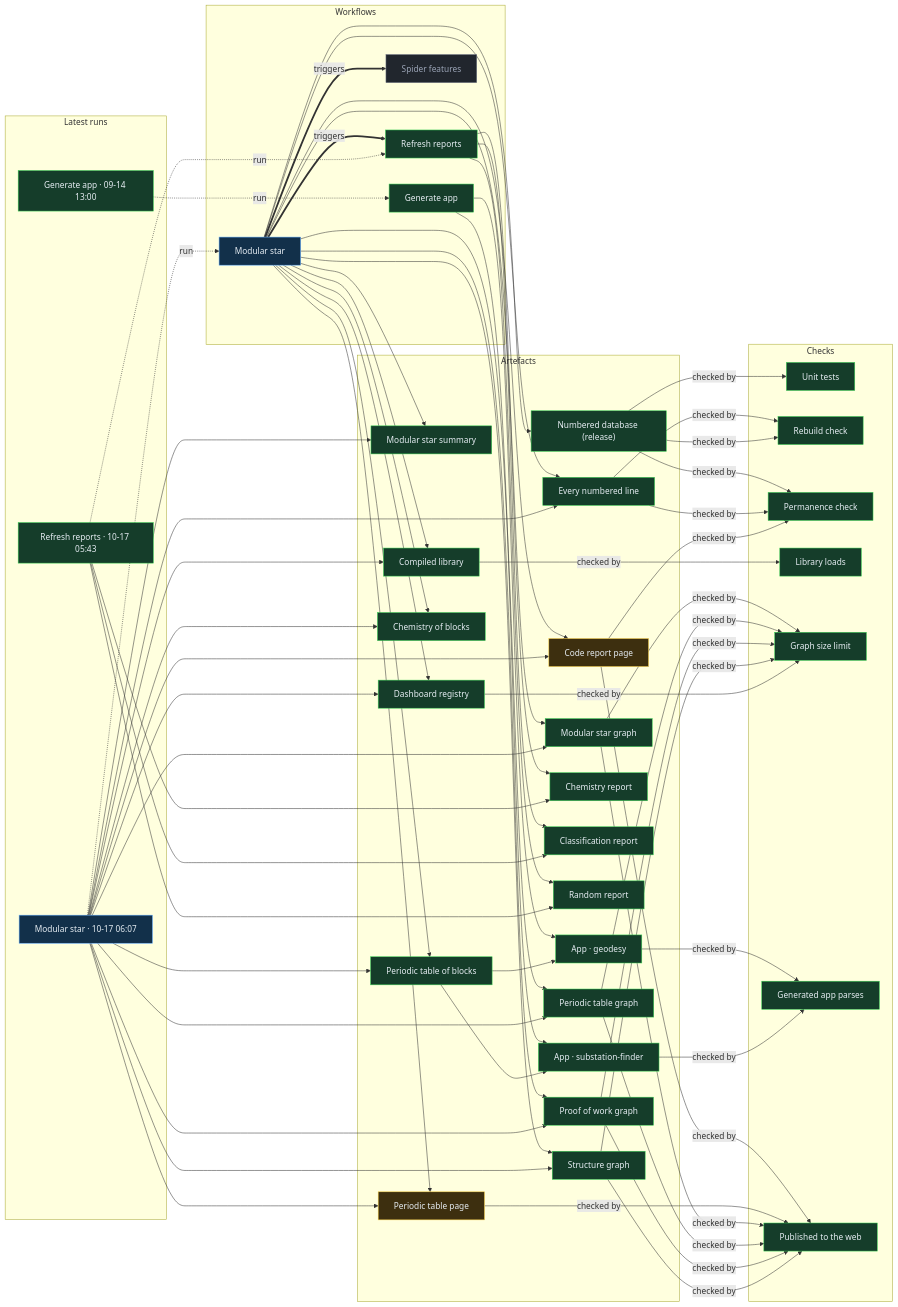
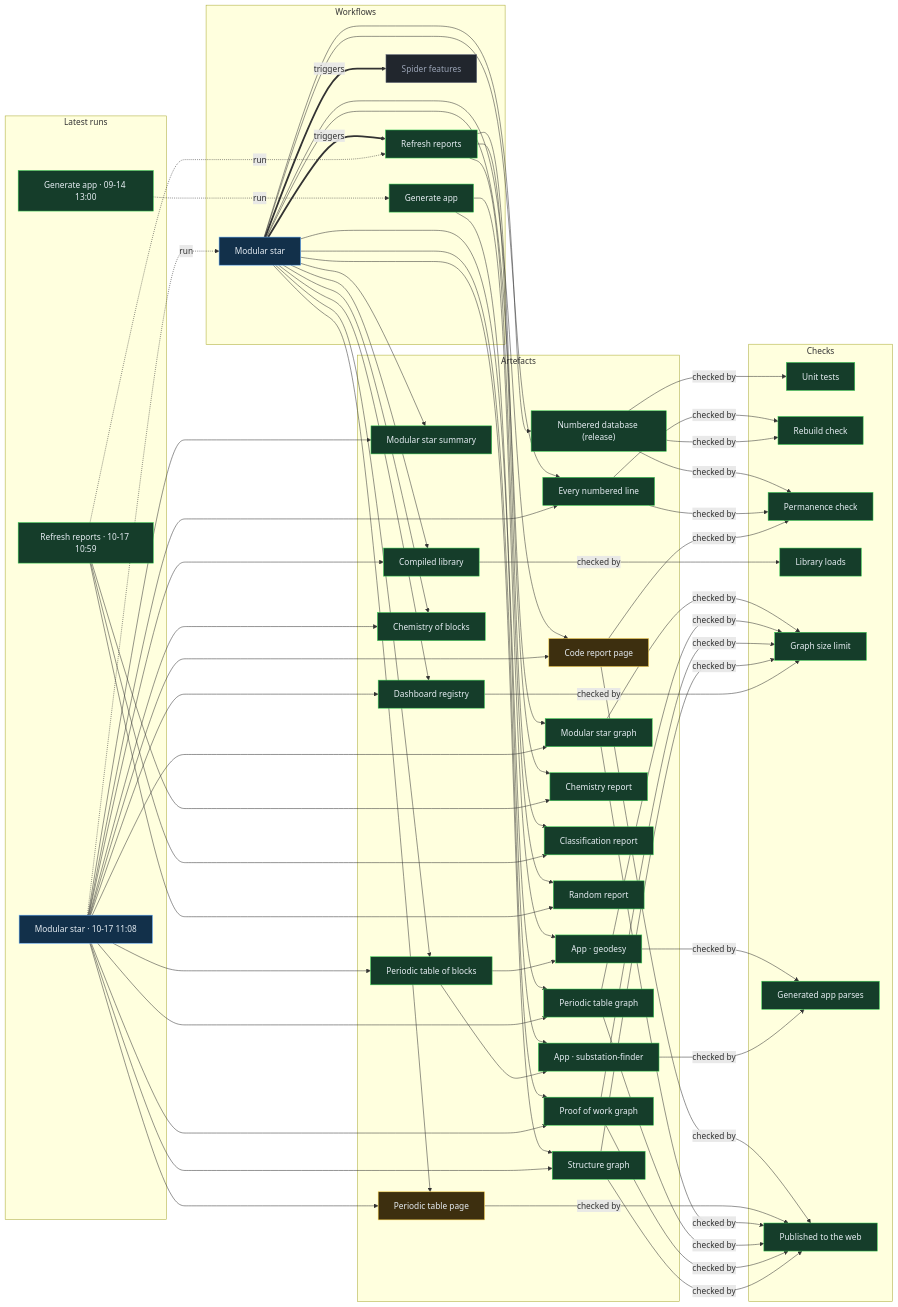
Before and after one commit to Ventusltd/stars: the diagram in proof/PROOF.md, drawn with Mermaid. The commit also changed other lines of this file and 46 other files, not shown here.

Commit message:
Modular star 2026-10-17T11:11Z

```diff
--- a/proof/PROOF.md
+++ b/proof/PROOF.md
@@ -24,8 +24,8 @@
   n_wf_spider_features["Spider features"]:::off
   end
   subgraph g_runs["Latest runs"]
-  n_run_39008724792["Modular star · 10-17 06:07"]:::live
-  n_run_39007315950["Refresh reports · 10-17 05:43"]:::ok
+  n_run_39027544582["Modular star · 10-17 11:08"]:::live
+  n_run_39026955977["Refresh reports · 10-17 10:59"]:::ok
   n_run_34846587798["Generate app · 09-14 13:00"]:::ok
   end
   subgraph g_artefacts["Artefacts"]
@@ -59,39 +59,39 @@
   end
   n_wf_modular_star == triggers ==> n_wf_refresh
   n_wf_modular_star == triggers ==> n_wf_spider_features
-  n_run_39008724792 -. run .-> n_wf_modular_star
-  n_run_39007315950 -. run .-> n_wf_refresh
+  n_run_39027544582 -. run .-> n_wf_modular_star
+  n_run_39026955977 -. run .-> n_wf_refresh
   n_run_34846587798 -. run .-> n_wf_generate
   n_wf_modular_star --> n_art_summary
-  n_run_39008724792 --> n_art_summary
+  n_run_39027544582 --> n_art_summary
   n_wf_modular_star --> n_art_lines
-  n_run_39008724792 --> n_art_lines
+  n_run_39027544582 --> n_art_lines
   n_wf_modular_star --> n_art_code
-  n_run_39008724792 --> n_art_code
+  n_run_39027544582 --> n_art_code
   n_wf_modular_star --> n_art_modular_graph
-  n_run_39008724792 --> n_art_modular_graph
+  n_run_39027544582 --> n_art_modular_graph
   n_wf_modular_star --> n_art_blocks
-  n_run_39008724792 --> n_art_blocks
+  n_run_39027544582 --> n_art_blocks
   n_wf_modular_star --> n_art_table
-  n_run_39008724792 --> n_art_table
+  n_run_39027544582 --> n_art_table
   n_wf_modular_star --> n_art_blocks_graph
-  n_run_39008724792 --> n_art_blocks_graph
+  n_run_39027544582 --> n_art_blocks_graph
   n_wf_modular_star --> n_art_reactions
-  n_run_39008724792 --> n_art_reactions
+  n_run_39027544582 --> n_art_reactions
   n_wf_modular_star --> n_art_library
-  n_run_39008724792 --> n_art_library
+  n_run_39027544582 --> n_art_library
   n_wf_modular_star --> n_art_features
-  n_run_39008724792 --> n_art_features
+  n_run_39027544582 --> n_art_features
   n_wf_modular_star --> n_art_proof
-  n_run_39008724792 --> n_art_proof
+  n_run_39027544582 --> n_art_proof
   n_wf_modular_star --> n_art_structure
-  n_run_39008724792 --> n_art_structure
+  n_run_39027544582 --> n_art_structure
   n_wf_refresh --> n_art_chemistry
-  n_run_39007315950 --> n_art_chemistry
+  n_run_39026955977 --> n_art_chemistry
   n_wf_refresh --> n_art_vedic
-  n_run_39007315950 --> n_art_vedic
+  n_run_39026955977 --> n_art_vedic
   n_wf_refresh --> n_art_random
-  n_run_39007315950 --> n_art_random
+  n_run_39026955977 --> n_art_random
   n_wf_modular_star --> n_art_release
   n_wf_generate --> n_app_geodesy
   n_art_blocks --> n_app_geodesy
```
